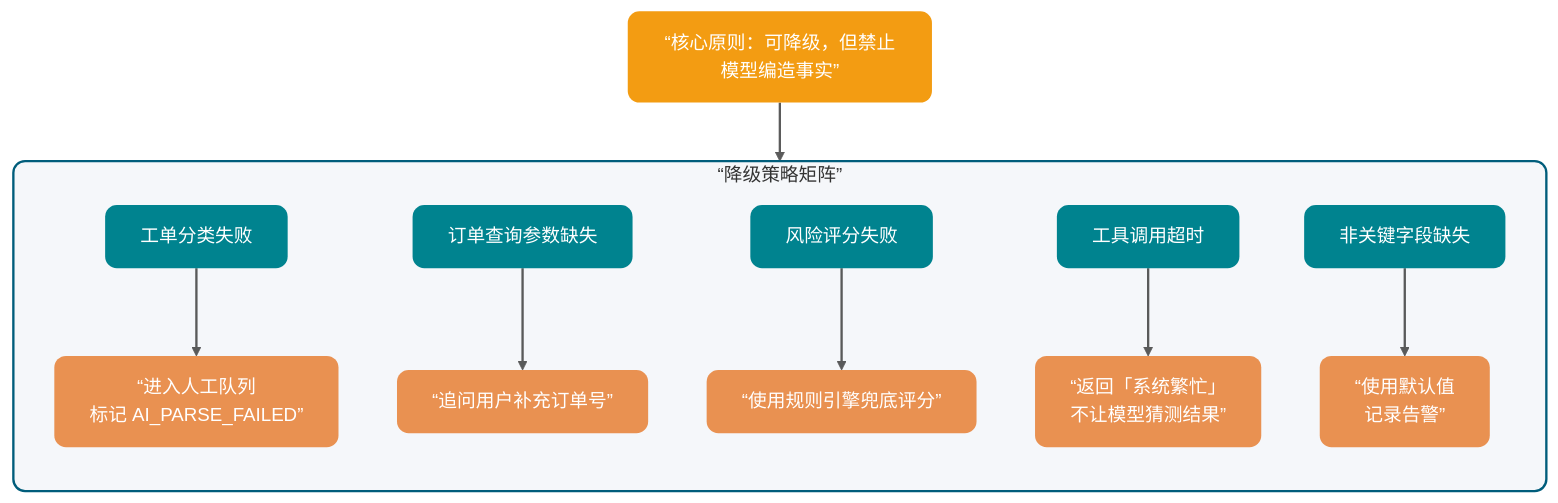
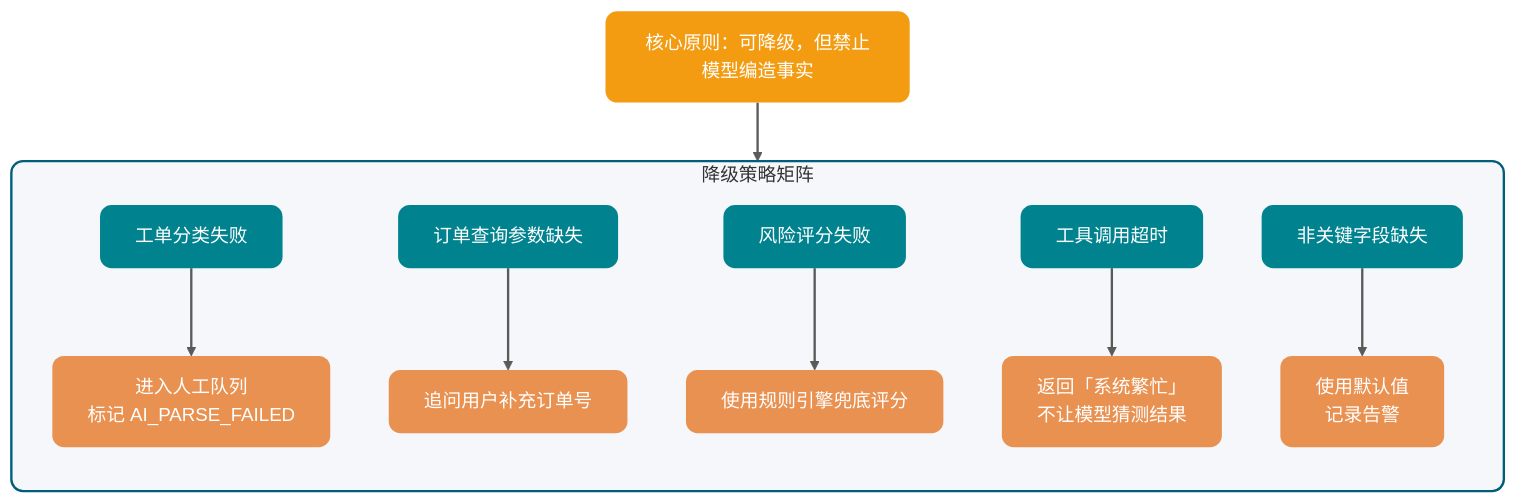
The fourth of 4 diagrams in docs/ai/llm-basis/structured-output-function-calling.md (tuanpm2026/java-guide), drawn with Mermaid (neutral theme) before and after one commit. The commit also changed other lines of this file and 30 other files, not shown here.

````diff
--- a/docs/ai/llm-basis/structured-output-function-calling.md
+++ b/docs/ai/llm-basis/structured-output-function-calling.md
@@ -670,27 +670,27 @@
 ```mermaid
 flowchart TB
     %% ========== 配色声明 ==========
     classDef scenario fill:#00838F,color:#FFFFFF,stroke:none,rx:10,ry:10
     classDef strategy fill:#E99151,color:#FFFFFF,stroke:none,rx:10,ry:10
     classDef warning fill:#F39C12,color:#FFFFFF,stroke:none,rx:10,ry:10
     classDef note fill:#607D8B,color:#FFFFFF,stroke:none,rx:10,ry:10
 
     %% ========== 核心原则 ==========
-    Core[“核心原则：可降级，但禁止模型编造事实”]:::warning
+    Core["核心原则：可降级，但禁止模型编造事实"]:::warning
 
     %% ========== 场景-策略矩阵 ==========
-    subgraph matrix[“降级策略矩阵”]
+    subgraph matrix["降级策略矩阵"]
         direction TB
-        S1[工单分类失败]:::scenario --> A1[“进入人工队列<br/>标记 AI_PARSE_FAILED”]:::strategy
-        S2[订单查询参数缺失]:::scenario --> A2[“追问用户补充订单号”]:::strategy
-        S3[风险评分失败]:::scenario --> A3[“使用规则引擎兜底评分”]:::strategy
-        S4[工具调用超时]:::scenario --> A4[“返回「系统繁忙」<br/>不让模型猜测结果”]:::strategy
-        S5[非关键字段缺失]:::scenario --> A5[“使用默认值<br/>记录告警”]:::strategy
+        S1[工单分类失败]:::scenario --> A1["进入人工队列<br/>标记 AI_PARSE_FAILED"]:::strategy
+        S2[订单查询参数缺失]:::scenario --> A2["追问用户补充订单号"]:::strategy
+        S3[风险评分失败]:::scenario --> A3["使用规则引擎兜底评分"]:::strategy
+        S4[工具调用超时]:::scenario --> A4["返回「系统繁忙」<br/>不让模型猜测结果"]:::strategy
+        S5[非关键字段缺失]:::scenario --> A5["使用默认值<br/>记录告警"]:::strategy
     end
 
     Core --> matrix
 
     %% ========== 样式 ==========
     linkStyle default stroke-width:2px,stroke:#333333,opacity:0.8
     style matrix fill:#F5F7FA,color:#333333,stroke:#005D7B,stroke-width:2px,rx:10,ry:10
 ```
````
